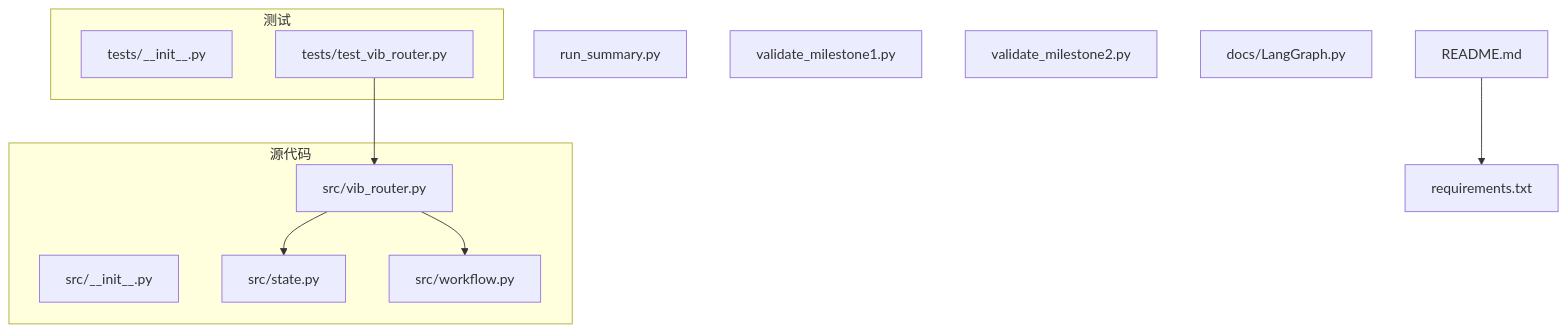
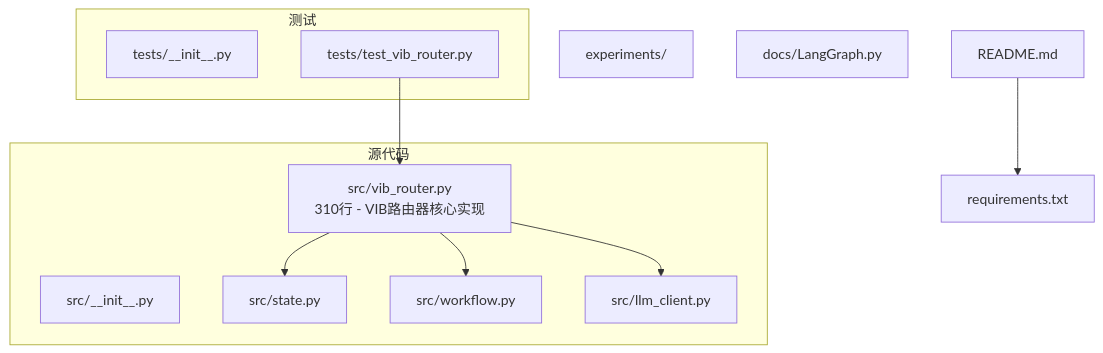
One commit to QuStarry/VIB-SparseCommunication changed the first of 4 diagrams in .qoder/repowiki/zh/content/核心架构/VIB路由器.md. Above: the diagram before and after it, drawn with Mermaid. The commit also changed other lines of this file and 28 other files, not shown here.

````diff
--- a/.qoder/repowiki/zh/content/核心架构/VIB路由器.md
+++ b/.qoder/repowiki/zh/content/核心架构/VIB路由器.md
@@ -31,21 +39,21 @@
 ```mermaid
 graph TB
 A["README.md"] --> B["requirements.txt"]
 subgraph "源代码"
 C["src/__init__.py"]
 D["src/state.py"]
-E["src/vib_router.py"]
+E["src/vib_router.py<br/>310行 - VIB路由器核心实现"]
 F["src/workflow.py"]
+G["src/llm_client.py"]
 end
 subgraph "测试"
-G["tests/__init__.py"]
-H["tests/test_vib_router.py"]
+H["tests/__init__.py"]
+I["tests/test_vib_router.py"]
 end
-I["run_summary.py"]
-J["validate_milestone1.py"]
-K["validate_milestone2.py"]
-L["docs/LangGraph.py"]
+J["experiments/"]
+K["docs/LangGraph.py"]
 E --> D
 E --> F
-H --> E
+E --> G
+I --> E
 ```
````
